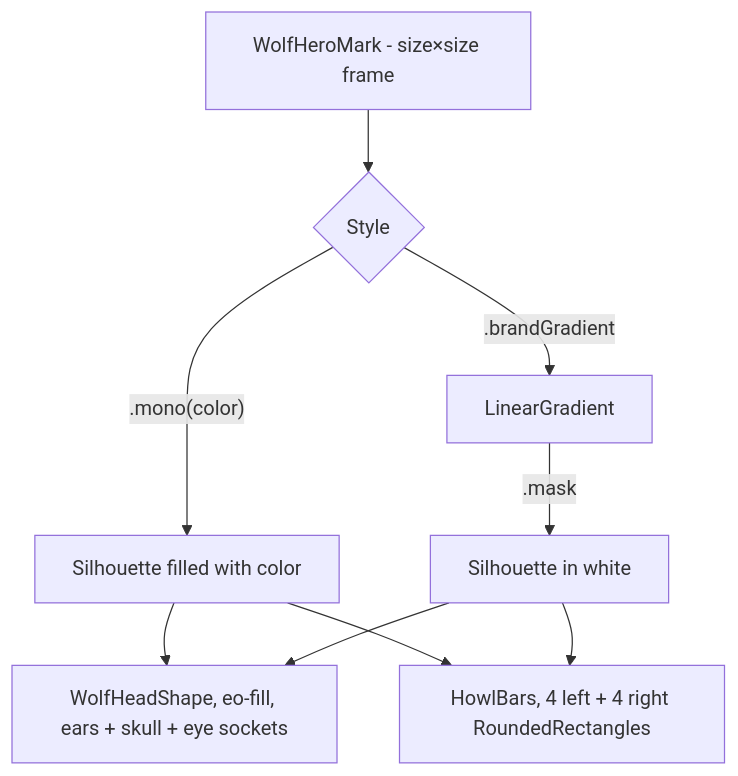
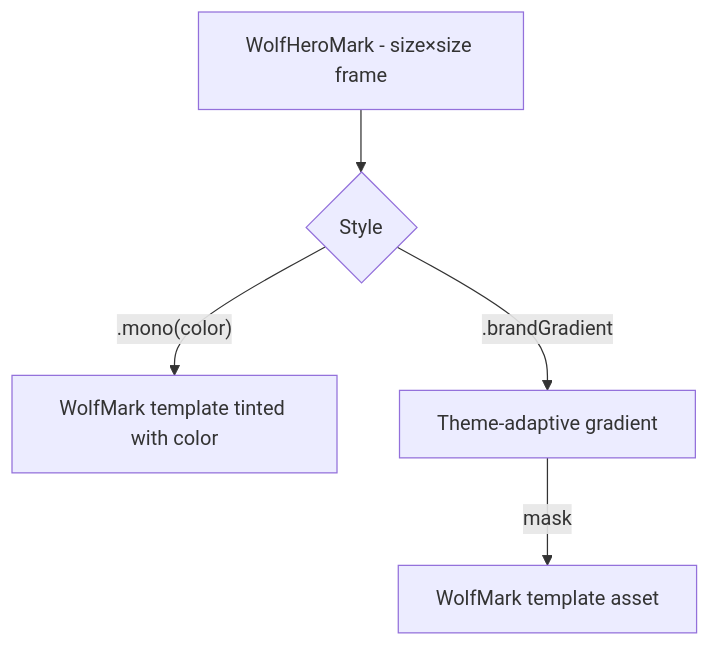
One commit to MrDemonWolf/WolfWave changed the diagram in design-system/components/wolf-hero-mark.md. Above: the diagram before and after it, drawn with Mermaid. The commit also changed other lines of this file and 43 other files, not shown here.

First line of the commit message:
Replace WolfWave canonical wolf mark (#393)

````diff
--- a/design-system/components/wolf-hero-mark.md
+++ b/design-system/components/wolf-hero-mark.md
@@ -36,11 +27,7 @@
 ```mermaid
 graph TD
   Root[WolfHeroMark - size×size frame] --> Style{Style}
-  Style -- .mono(color) --> Mono[Silhouette filled with color]
-  Style -- .brandGradient --> Grad[LinearGradient]
-  Grad -- .mask --> Mask[Silhouette in white]
-  Mono --> Head[WolfHeadShape, eo-fill, ears + skull + eye sockets]
-  Mono --> Bars[HowlBars, 4 left + 4 right RoundedRectangles]
-  Mask --> Head
-  Mask --> Bars
+  Style -- .mono(color) --> Mono[WolfMark template tinted with color]
+  Style -- .brandGradient --> Gradient[Theme-adaptive gradient]
+  Gradient -- mask --> Mark[WolfMark template asset]
 ```
````
